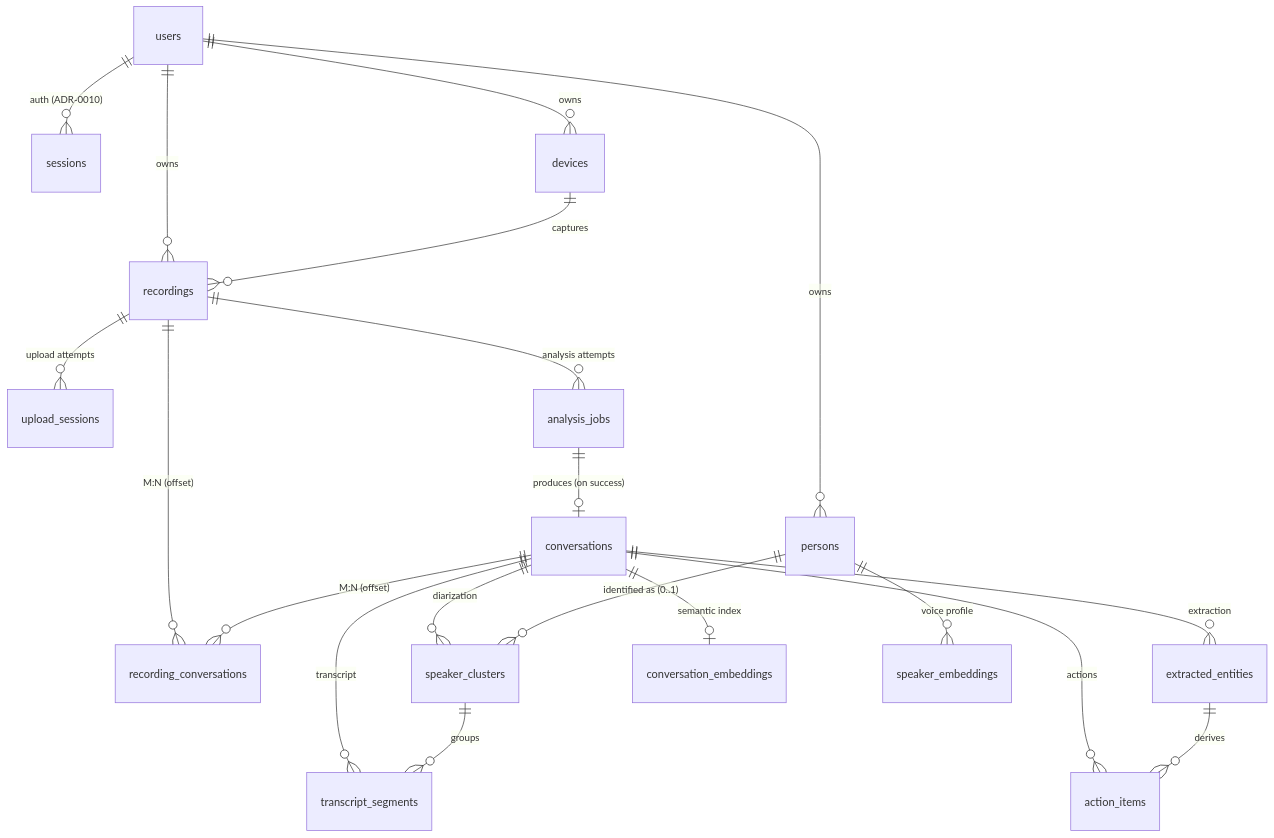
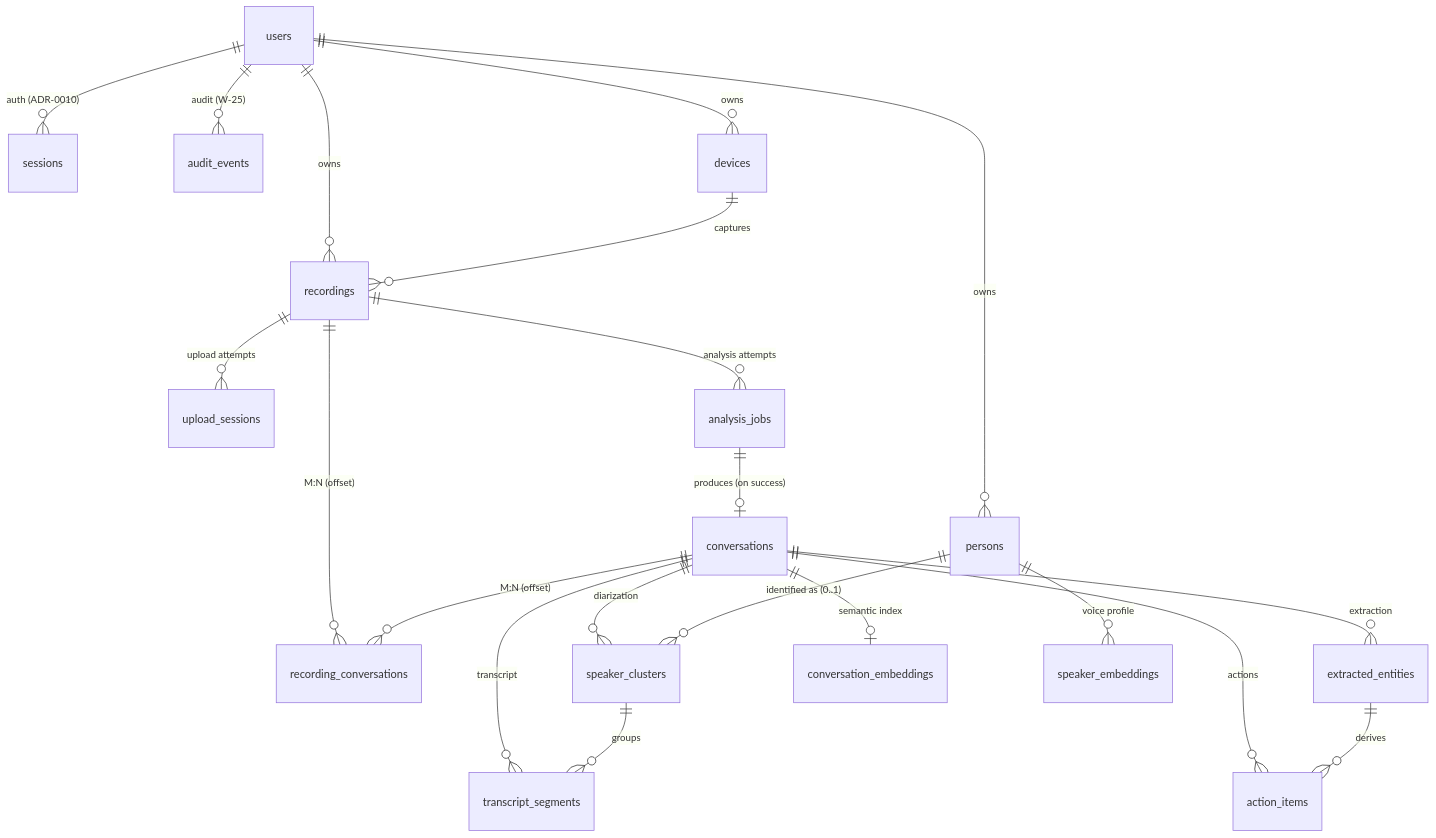
One commit to hyunu/gyeol changed the diagram in docs/10-domain-model.md. Above: the diagram before and after it, drawn with Mermaid. The commit also changed other lines of this file and 30 other files, not shown here.

````diff
--- a/docs/10-domain-model.md
+++ b/docs/10-domain-model.md
@@ -33,25 +33,26 @@
 ```mermaid
 erDiagram
     users ||--o{ sessions : "auth (ADR-0010)"
+    users ||--o{ audit_events : "audit (W-25)"
     users ||--o{ devices : "owns"
     users ||--o{ recordings : "owns"
     users ||--o{ persons : "owns"
     devices ||--o{ recordings : "captures"
 
     recordings ||--o{ upload_sessions : "upload attempts"
     recordings ||--o{ analysis_jobs : "analysis attempts"
     analysis_jobs ||--o| conversations : "produces (on success)"
     recordings ||--o{ recording_conversations : "M:N (offset)"
     conversations ||--o{ recording_conversations : "M:N (offset)"
 
     conversations ||--o{ speaker_clusters : "diarization"
     conversations ||--o{ transcript_segments : "transcript"
     conversations ||--o{ extracted_entities : "extraction"
     conversations ||--o{ action_items : "actions"
     conversations ||--o| conversation_embeddings : "semantic index"
 
     speaker_clusters ||--o{ transcript_segments : "groups"
     persons ||--o{ speaker_clusters : "identified as (0..1)"
     persons ||--o{ speaker_embeddings : "voice profile"
     extracted_entities ||--o{ action_items : "derives"
 ```
````
